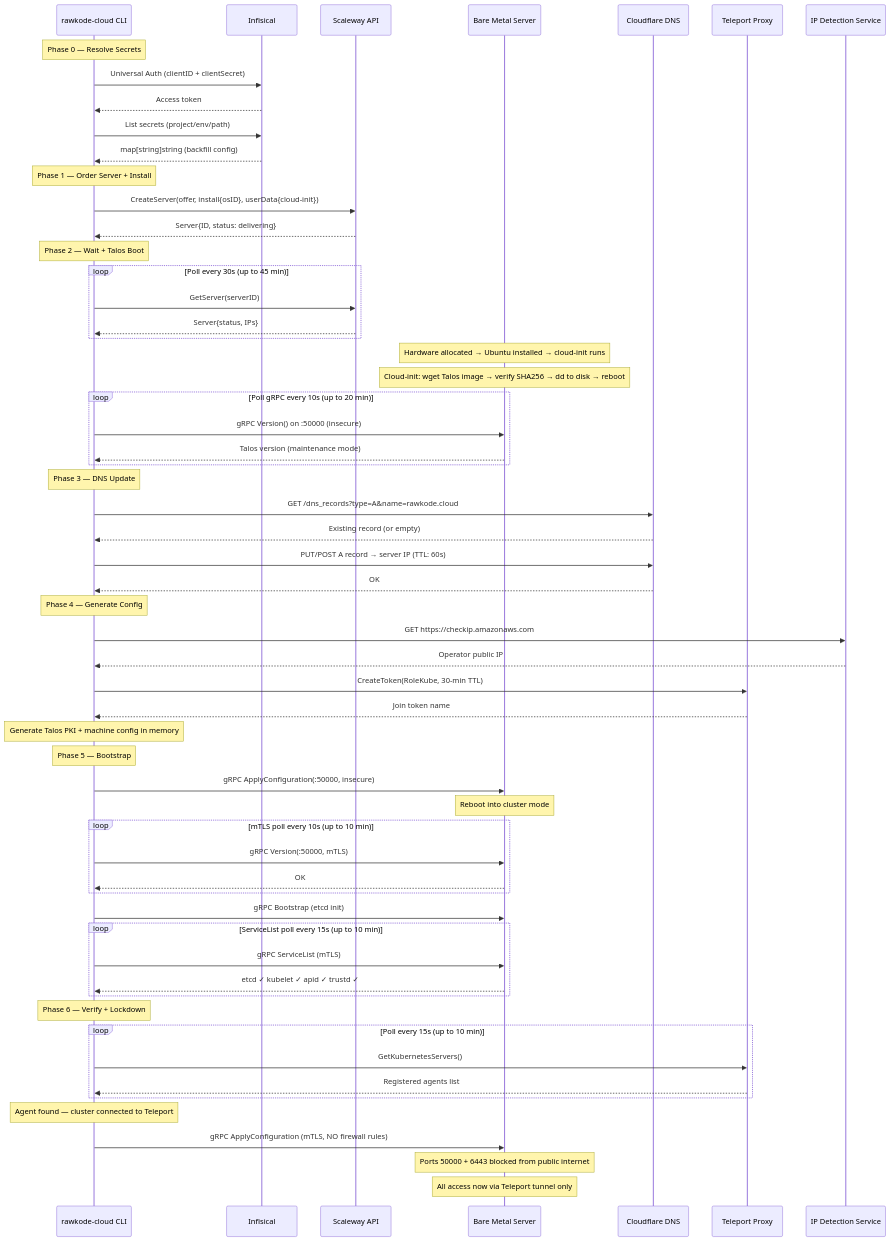
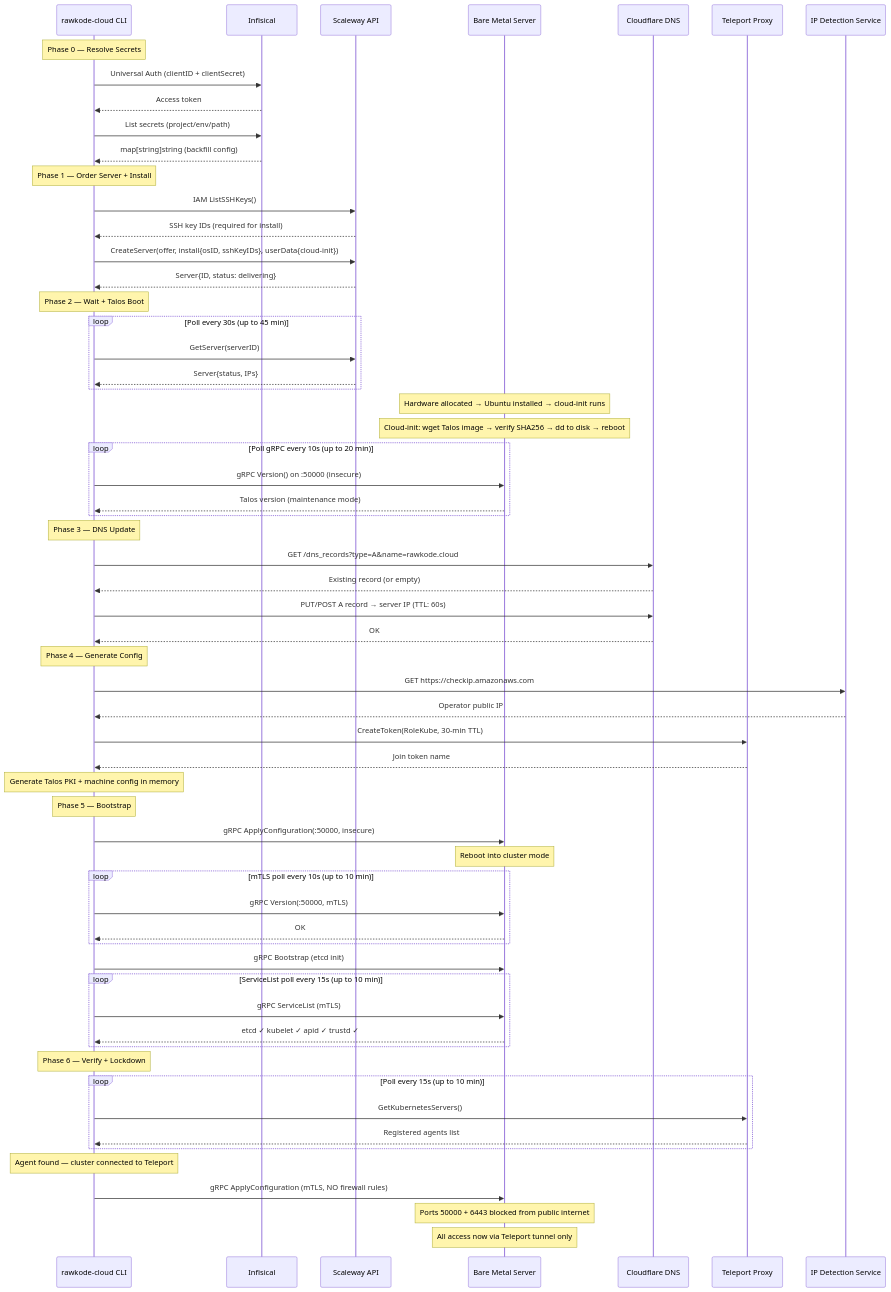
One commit to rawkode-academy/rawkode-academy changed the second of 3 diagrams in projects/rawkode.cloud/docs/architecture.md. Above: the diagram before and after it, drawn with Mermaid. The commit also changed other lines of this file and 5 other files, not shown here.

First line of the commit message:
fix(rawkode.cloud): lookup SSH keys from Scaleway org for bare metal install

````diff
--- a/projects/rawkode.cloud/docs/architecture.md
+++ b/projects/rawkode.cloud/docs/architecture.md
@@ -139,68 +140,70 @@
 ```mermaid
 sequenceDiagram
     participant CLI as rawkode-cloud CLI
     participant Inf as Infisical
     participant SCW as Scaleway API
     participant Server as Bare Metal Server
     participant CF as Cloudflare DNS
     participant TP as Teleport Proxy
     participant IPS as IP Detection Service
 
     Note over CLI: Phase 0 — Resolve Secrets
     CLI->>Inf: Universal Auth (clientID + clientSecret)
     Inf-->>CLI: Access token
     CLI->>Inf: List secrets (project/env/path)
     Inf-->>CLI: map[string]string (backfill config)
 
     Note over CLI: Phase 1 — Order Server + Install
-    CLI->>SCW: CreateServer(offer, install{osID}, userData{cloud-init})
+    CLI->>SCW: IAM ListSSHKeys()
+    SCW-->>CLI: SSH key IDs (required for install)
+    CLI->>SCW: CreateServer(offer, install{osID, sshKeyIDs}, userData{cloud-init})
     SCW-->>CLI: Server{ID, status: delivering}
 
     Note over CLI: Phase 2 — Wait + Talos Boot
     loop Poll every 30s (up to 45 min)
         CLI->>SCW: GetServer(serverID)
         SCW-->>CLI: Server{status, IPs}
     end
     Note over Server: Hardware allocated → Ubuntu installed → cloud-init runs
     Note over Server: Cloud-init: wget Talos image → verify SHA256 → dd to disk → reboot
     loop Poll gRPC every 10s (up to 20 min)
         CLI->>Server: gRPC Version() on :50000 (insecure)
         Server-->>CLI: Talos version (maintenance mode)
     end
 
     Note over CLI: Phase 3 — DNS Update
     CLI->>CF: GET /dns_records?type=A&name=rawkode.cloud
     CF-->>CLI: Existing record (or empty)
     CLI->>CF: PUT/POST A record → server IP (TTL: 60s)
     CF-->>CLI: OK
 
     Note over CLI: Phase 4 — Generate Config
     CLI->>IPS: GET https://checkip.amazonaws.com
     IPS-->>CLI: Operator public IP
     CLI->>TP: CreateToken(RoleKube, 30-min TTL)
     TP-->>CLI: Join token name
     Note over CLI: Generate Talos PKI + machine config in memory
 
     Note over CLI: Phase 5 — Bootstrap
     CLI->>Server: gRPC ApplyConfiguration(:50000, insecure)
     Note over Server: Reboot into cluster mode
     loop mTLS poll every 10s (up to 10 min)
         CLI->>Server: gRPC Version(:50000, mTLS)
         Server-->>CLI: OK
     end
     CLI->>Server: gRPC Bootstrap (etcd init)
     loop ServiceList poll every 15s (up to 10 min)
         CLI->>Server: gRPC ServiceList (mTLS)
         Server-->>CLI: etcd ✓ kubelet ✓ apid ✓ trustd ✓
     end
 
     Note over CLI: Phase 6 — Verify + Lockdown
     loop Poll every 15s (up to 10 min)
         CLI->>TP: GetKubernetesServers()
         TP-->>CLI: Registered agents list
     end
     Note over CLI: Agent found — cluster connected to Teleport
     CLI->>Server: gRPC ApplyConfiguration (mTLS, NO firewall rules)
     Note over Server: Ports 50000 + 6443 blocked from public internet
     Note over Server: All access now via Teleport tunnel only
 ```
````
